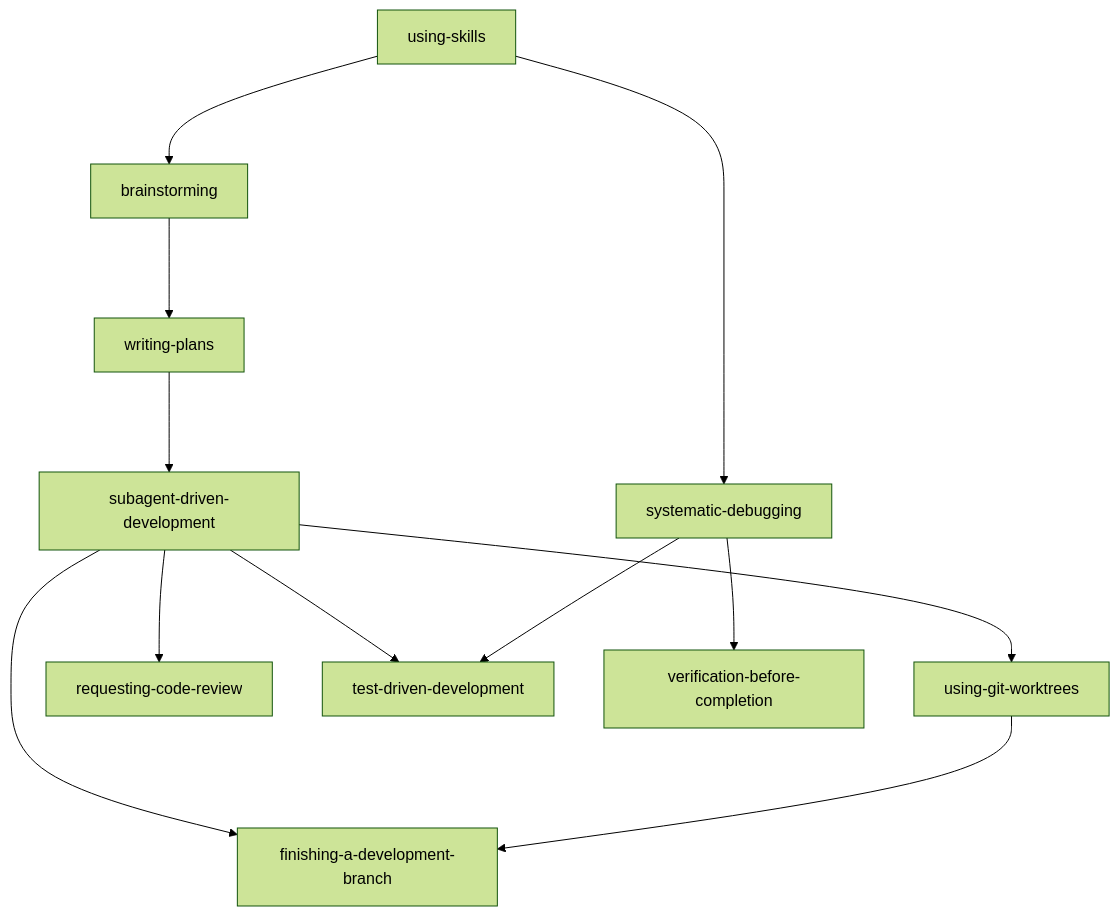
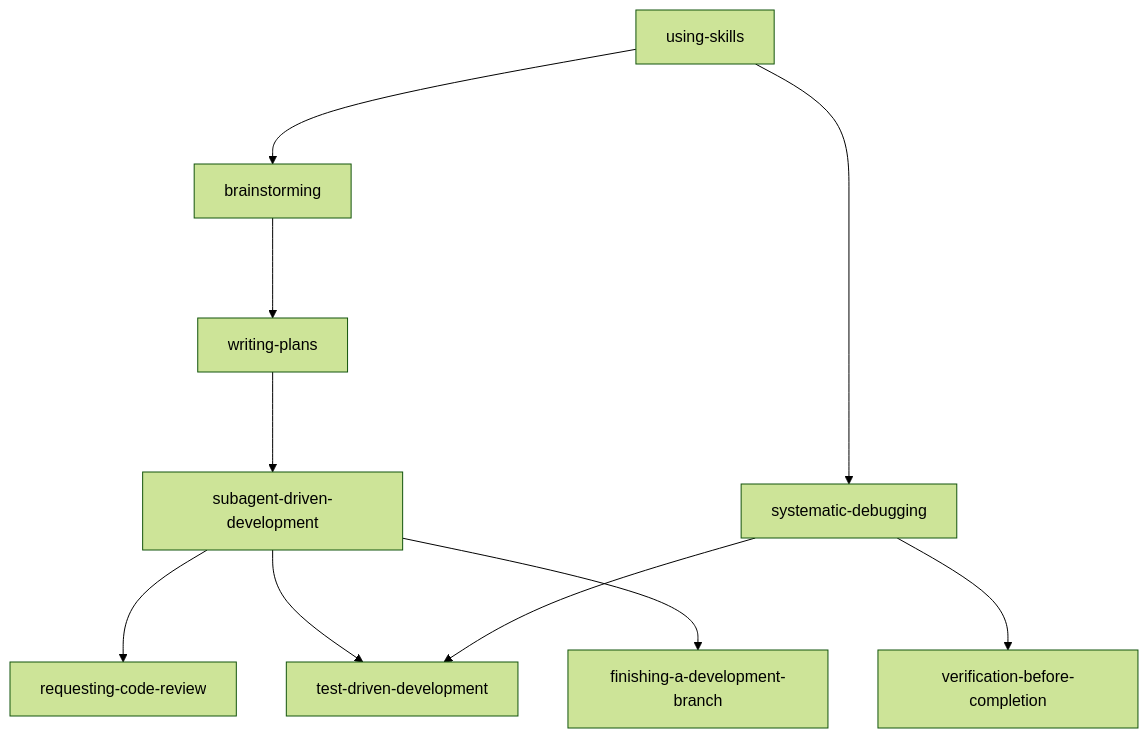
The diagram in README.md (fgladisch/pi-skills), drawn with Mermaid (forest theme) before and after one commit. The commit also changed other lines of this file and 4 other files, not shown here.

Commit message:
🔥 remove: drop git worktrees skill

````diff
--- a/README.md
+++ b/README.md
@@ -50,31 +49,27 @@
 ```mermaid
 %%{init: {'flowchart': {'nodeSpacing': 50, 'rankSpacing': 100}} }%%
 flowchart TB
   US["using-skills"]
 
   B["brainstorming"]
   WP["writing-plans"]
   SDD["subagent-driven-development"]
-  WGW["using-git-worktrees"]
   RCR["requesting-code-review"]
   TDD["test-driven-development"]
   FDB["finishing-a-development-branch"]
 
   SD["systematic-debugging"]
   VBC["verification-before-completion"]
   US --> B
   US --> SD
 
   B --> WP
   WP --> SDD
 
   SDD --> RCR
   SDD --> TDD
-  SDD --> WGW
   SDD --> FDB
-
-  WGW --> FDB
 
   SD --> TDD
   SD --> VBC
 ```
````
